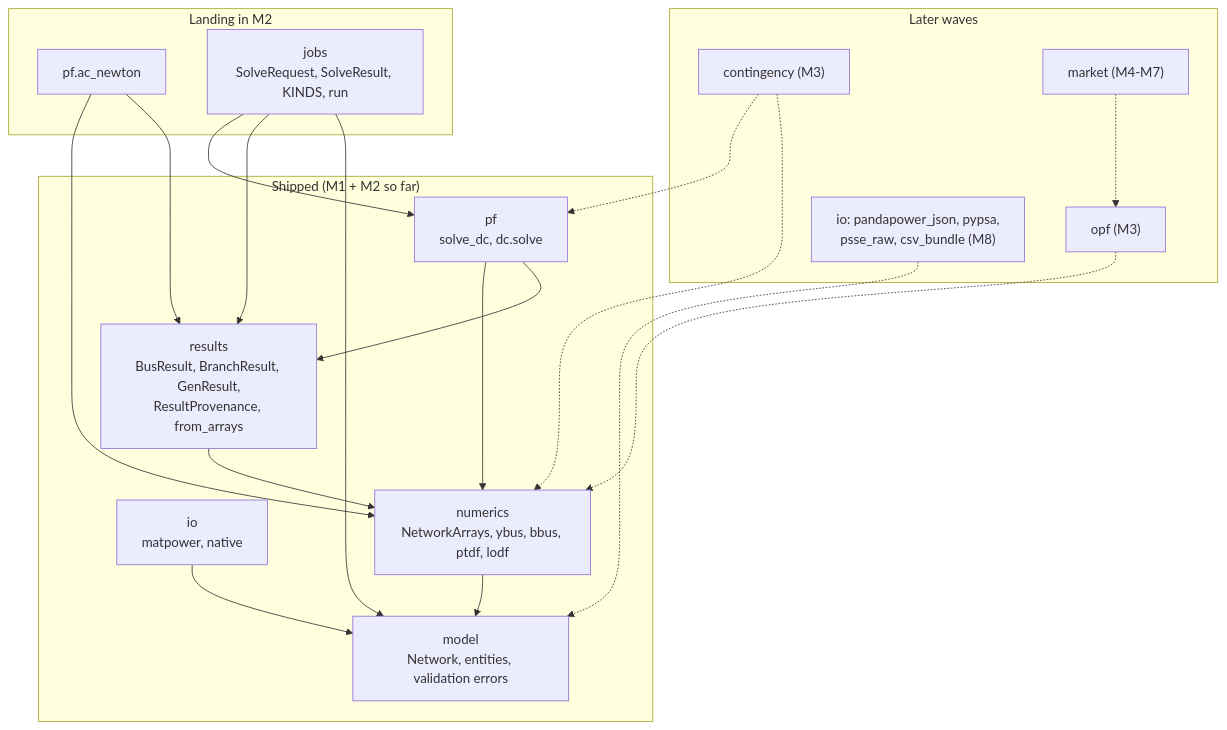
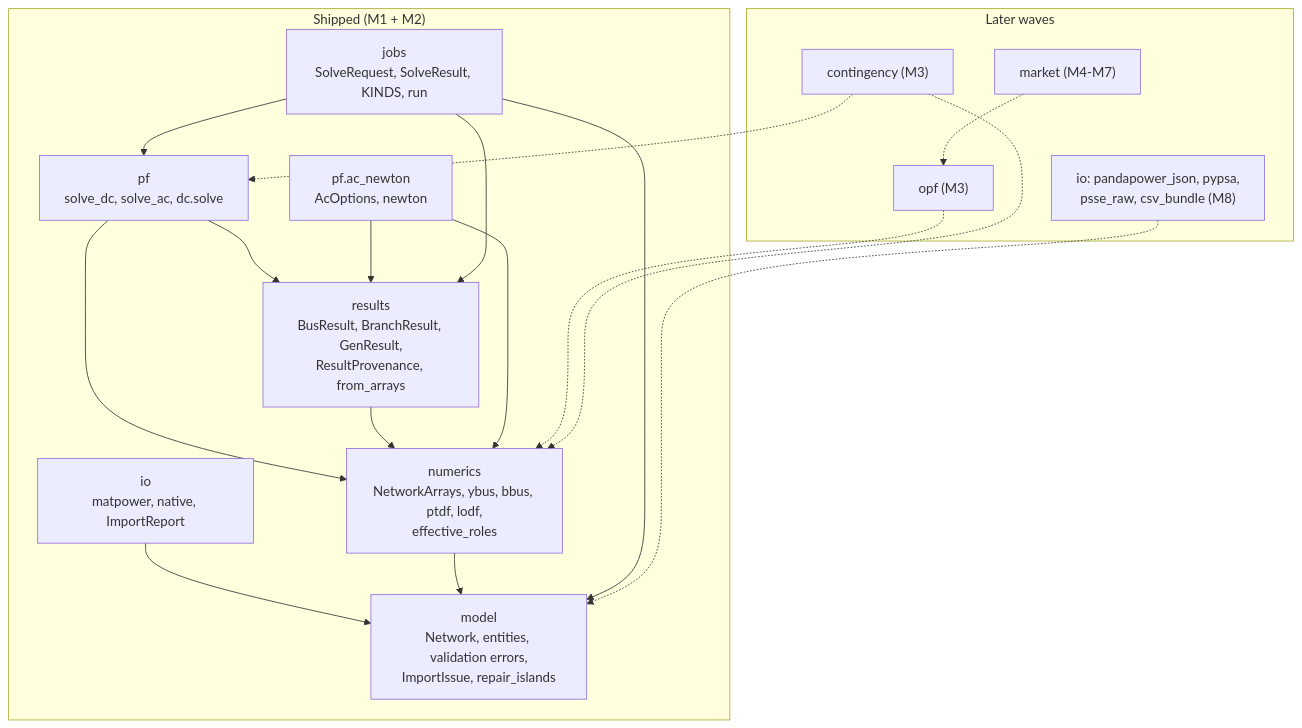
The first of 2 diagrams in docs/design/architecture.md (mambo10005/mambo-power), drawn with Mermaid before and after one commit. The commit also changed other lines of this file and 25 other files, not shown here.

First line of the commit message:
docs(m2/S7): runnable examples gallery (7 scripts, CI-executed, snippet-embedded), AC power-flow manual finished, timing echoed in CI, ImportWarning→ImportIssue, case300 provenance corrected

````diff
--- a/docs/design/architecture.md
+++ b/docs/design/architecture.md
@@ -13,36 +13,34 @@
 ```mermaid
 flowchart TB
-    subgraph present["Shipped (M1 + M2 so far)"]
-        model["model<br/>Network, entities, validation errors"]
-        io["io<br/>matpower, native"]
-        numerics["numerics<br/>NetworkArrays, ybus, bbus, ptdf, lodf"]
-        pf["pf<br/>solve_dc, dc.solve"]
+    subgraph present["Shipped (M1 + M2)"]
+        model["model<br/>Network, entities, validation errors,<br/>ImportIssue, repair_islands"]
+        io["io<br/>matpower, native, ImportReport"]
+        numerics["numerics<br/>NetworkArrays, ybus, bbus, ptdf, lodf,<br/>effective_roles"]
+        pf["pf<br/>solve_dc, solve_ac, dc.solve"]
+        ac["pf.ac_newton<br/>AcOptions, newton"]
         results["results<br/>BusResult, BranchResult, GenResult,<br/>ResultProvenance, from_arrays"]
-    end
-    subgraph wave["Landing in M2"]
-        ac["pf.ac_newton"]
         jobs["jobs<br/>SolveRequest, SolveResult, KINDS, run"]
     end
     subgraph later["Later waves"]
         opf["opf (M3)"]
         n1["contingency (M3)"]
         market["market (M4-M7)"]
         formats["io: pandapower_json, pypsa,<br/>psse_raw, csv_bundle (M8)"]
     end
 
     io --> model
     numerics --> model
     pf --> numerics
     pf --> results
     results --> numerics
     ac --> numerics
     ac --> results
     jobs --> pf
     jobs --> results
     jobs --> model
     opf -.-> numerics
     n1 -.-> pf
     n1 -.-> numerics
     market -.-> opf
     formats -.-> model
 ```
````
